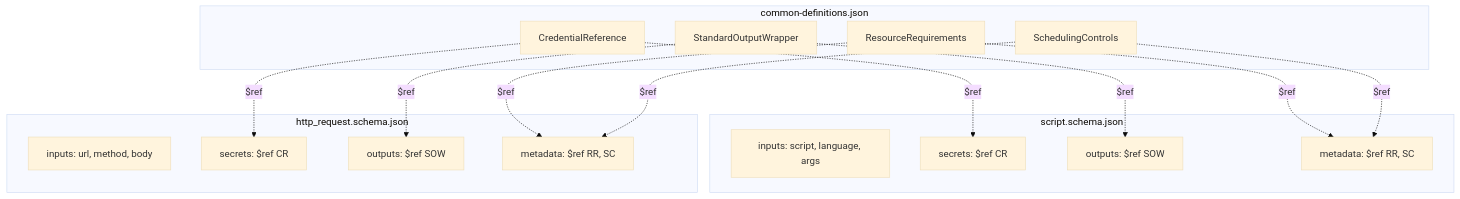
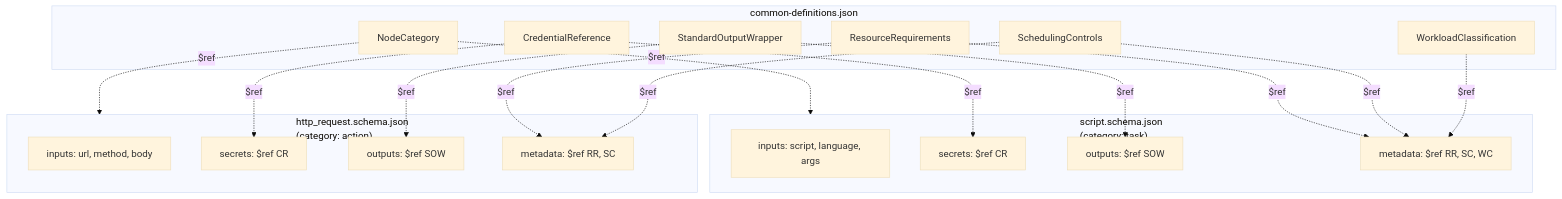
The first of 4 diagrams in schemas/node-sdk-architecture.md (alisonlhart/syntara), drawn with Mermaid (base theme) before and after one commit. The commit also changed other lines of this file and 8 other files, not shown here.

Commit message:
feat: expand node categories to include task and add NodeCategory property

````diff
--- a/schemas/node-sdk-architecture.md
+++ b/schemas/node-sdk-architecture.md
@@ -19,32 +19,37 @@
 ```mermaid
 graph TB
     subgraph COMMON["common-definitions.json"]
+        NC["NodeCategory"]
         SOW["StandardOutputWrapper"]
         CR["CredentialReference"]
         RR["ResourceRequirements"]
         SC["SchedulingControls"]
+        WC["WorkloadClassification"]
     end
 
-    subgraph SCRIPT["script.schema.json"]
+    subgraph SCRIPT["script.schema.json<br/>(category: task)"]
         S_IN["inputs: script, language, args"]
         S_SEC["secrets: $ref CR"]
         S_OUT["outputs: $ref SOW"]
-        S_META["metadata: $ref RR, SC"]
+        S_META["metadata: $ref RR, SC, WC"]
     end
 
-    subgraph HTTP["http_request.schema.json"]
+    subgraph HTTP["http_request.schema.json<br/>(category: action)"]
         H_IN["inputs: url, method, body"]
         H_SEC["secrets: $ref CR"]
         H_OUT["outputs: $ref SOW"]
         H_META["metadata: $ref RR, SC"]
     end
 
+    NC -.->|$ref| SCRIPT
+    NC -.->|$ref| HTTP
     SOW -.->|$ref| S_OUT
     SOW -.->|$ref| H_OUT
     CR -.->|$ref| S_SEC
     CR -.->|$ref| H_SEC
     RR -.->|$ref| S_META
     RR -.->|$ref| H_META
     SC -.->|$ref| S_META
     SC -.->|$ref| H_META
+    WC -.->|$ref| S_META
 ```
````
